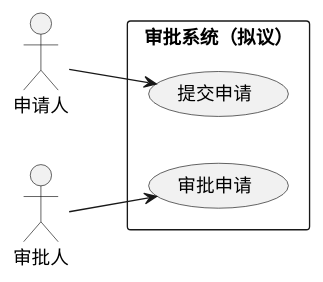
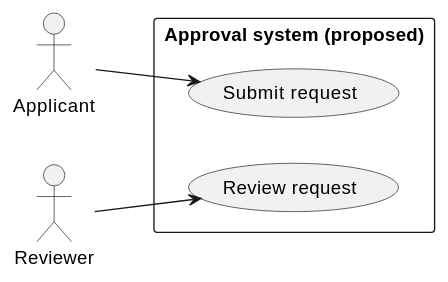
One commit to kobe8bryant24lakers/kobe-agent-kit changed the first of 5 diagrams in .agents/skills/software-design/references/views.md. Above: the diagram before and after it, drawn with PlantUML. The commit also changed other lines of this file and 9 other files, not shown here.

````diff
--- a/.agents/skills/software-design/references/views.md
+++ b/.agents/skills/software-design/references/views.md
@@ -32,13 +34,13 @@
 ```plantuml
 @startuml
 left to right direction
-actor "申请人" as Applicant
-actor "审批人" as Reviewer
-rectangle "审批系统（拟议）" {
-  usecase "提交申请" as Submit
-  usecase "审批申请" as Review
+actor "Applicant" as Applicant
+actor "Reviewer" as Reviewer
+rectangle "Approval system (proposed)" {
+  usecase "Submit request" as Submit
+  usecase "Review request" as Review
 }
 Applicant --> Submit
 Reviewer --> Review
 @enduml
 ```
````
